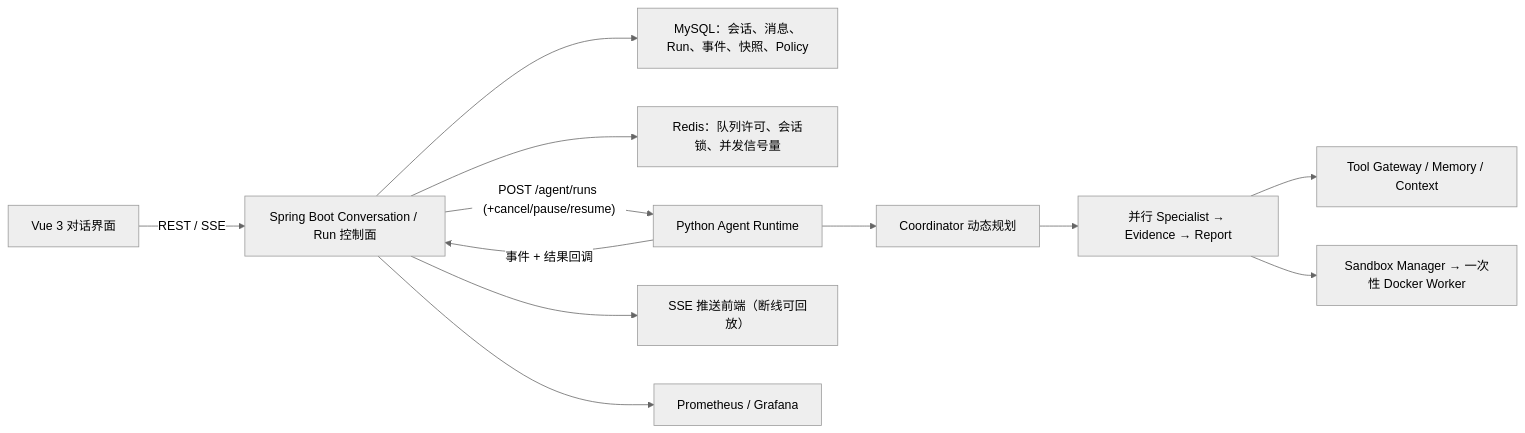
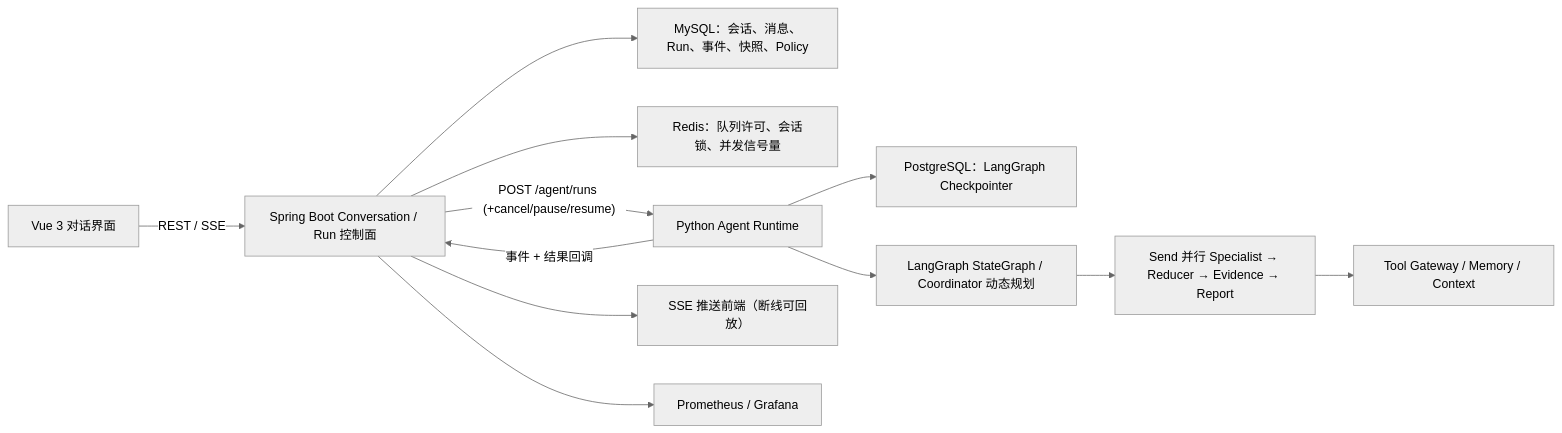
The diagram in README.md (iTomGeller/ResumAI-Agent), drawn with Mermaid (neutral theme) before and after one commit. The commit also changed other lines of this file and 60 other files, not shown here.

````diff
--- a/README.md
+++ b/README.md
@@ -30,14 +30,14 @@
 ```mermaid
 flowchart LR
     UI["Vue 3 对话界面"] -->|"REST / SSE"| API["Spring Boot Conversation / Run 控制面"]
     API --> MYSQL["MySQL：会话、消息、Run、事件、快照、Policy"]
     API --> REDIS["Redis：队列许可、会话锁、并发信号量"]
     API -->|"POST /agent/runs (+cancel/pause/resume)"| RT["Python Agent Runtime"]
-    RT --> COORD["Coordinator 动态规划"]
-    COORD --> AGENTS["并行 Specialist → Evidence → Report"]
+    RT --> PG["PostgreSQL：LangGraph Checkpointer"]
+    RT --> COORD["LangGraph StateGraph / Coordinator 动态规划"]
+    COORD --> AGENTS["Send 并行 Specialist → Reducer → Evidence → Report"]
     AGENTS --> TOOLS["Tool Gateway / Memory / Context"]
-    AGENTS --> SBX["Sandbox Manager → 一次性 Docker Worker"]
     RT -->|"事件 + 结果回调"| API
     API --> SSE["SSE 推送前端（断线可回放）"]
     API --> OBS["Prometheus / Grafana"]
 ```
````
